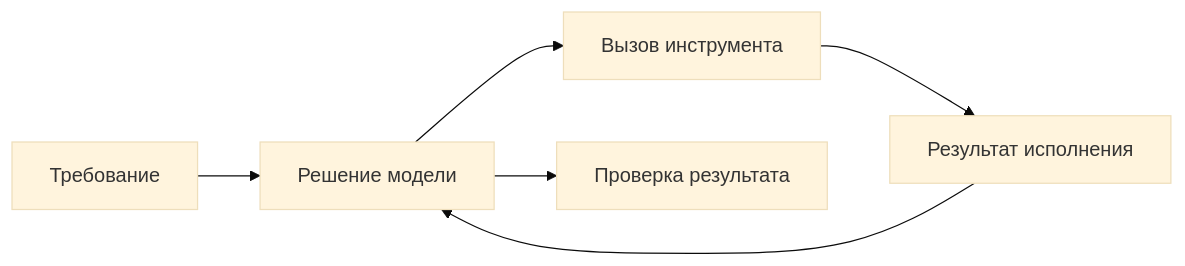
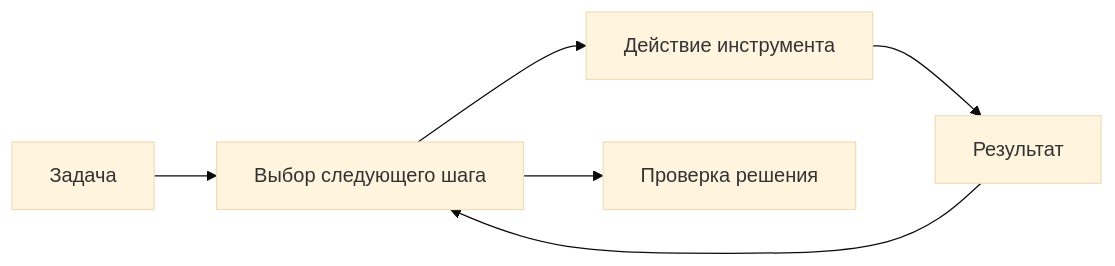
One commit to node-develop/astro-blog changed the diagram in src/content/courses/claude-code-guide/01-introduction.md. Above: the diagram before and after it, drawn with Mermaid (base theme). The commit also changed other lines of this file and 43 other files, not shown here.

````diff
--- a/src/content/courses/claude-code-guide/01-introduction.md
+++ b/src/content/courses/claude-code-guide/01-introduction.md
@@ -18,8 +18,8 @@
 ```mermaid
 flowchart LR
-  R[Требование] --> M[Решение модели]
-  M --> T[Вызов инструмента]
-  T --> E[Результат исполнения]
+  R[Задача] --> M[Выбор следующего шага]
+  M --> T[Действие инструмента]
+  T --> E[Результат]
   E --> M
-  M --> V[Проверка результата]
+  M --> V[Проверка решения]
 ```
````
